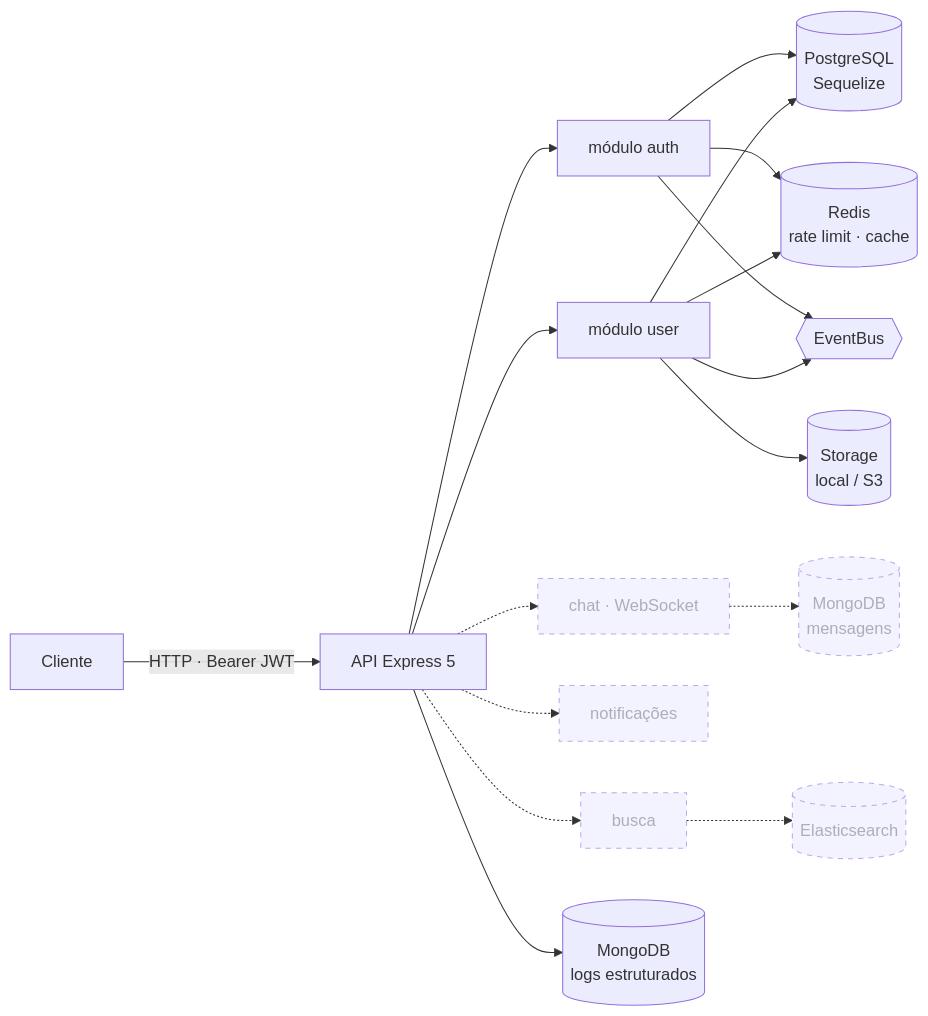
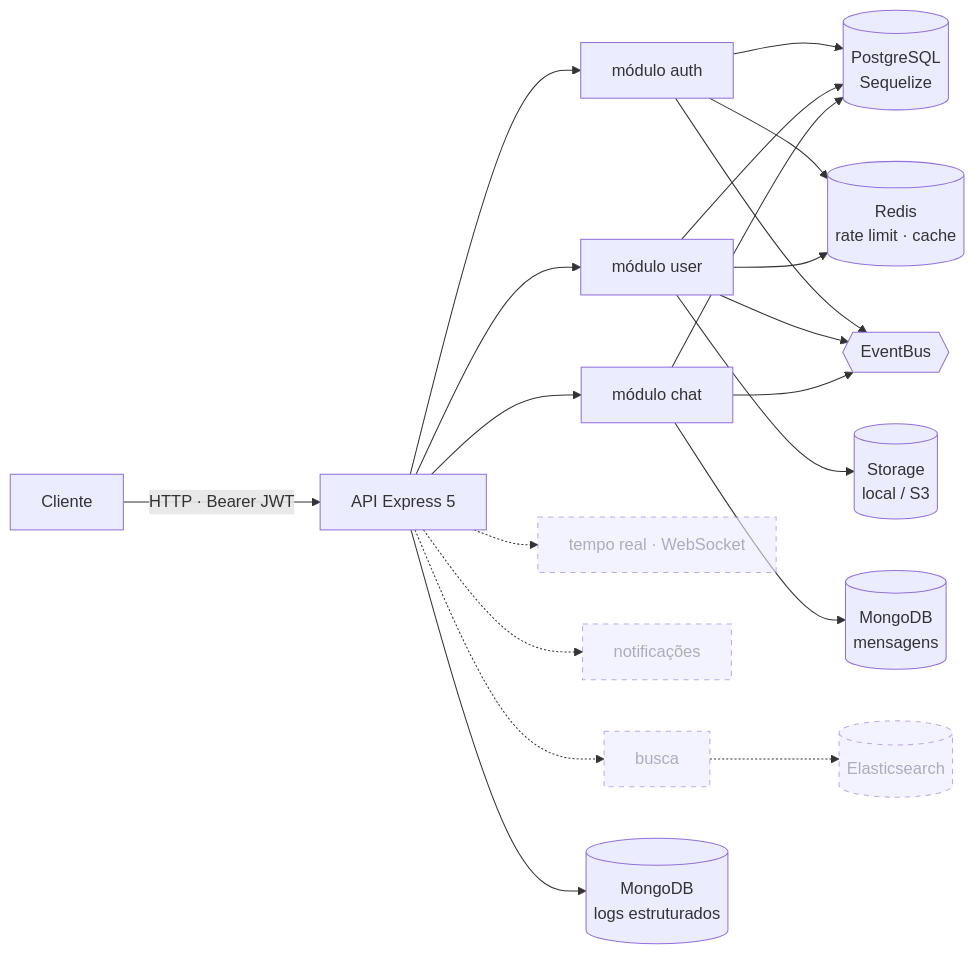
One commit to GabeSilvaDev/realtime-messaging-platform changed the diagram in README.pt-BR.md. Above: the diagram before and after it, drawn with Mermaid. The commit also changed other lines of this file and 1 other file, not shown here.

Commit message:
📝 docs: documenta a API de chat e atualiza arquitetura e roadmap

````diff
--- a/README.pt-BR.md
+++ b/README.pt-BR.md
@@ -27,19 +27,20 @@
 ```mermaid
 flowchart LR
     C[Cliente] -->|HTTP · Bearer JWT| API[API Express 5]
     API --> AUTH[módulo auth]
     API --> USER[módulo user]
-    API -.-> CHAT[chat · WebSocket]
+    API --> CHAT[módulo chat]
+    API -.-> RT[tempo real · WebSocket]
     API -.-> NOTIF[notificações]
     API -.-> SEARCH[busca]
-    AUTH & USER --> PG[(PostgreSQL<br/>Sequelize)]
+    AUTH & USER & CHAT --> PG[(PostgreSQL<br/>Sequelize)]
     AUTH & USER --> RD[(Redis<br/>rate limit · cache)]
     USER --> ST[(Storage<br/>local / S3)]
     API --> LOG[(MongoDB<br/>logs estruturados)]
-    CHAT -.-> MG[(MongoDB<br/>mensagens)]
+    CHAT --> MG[(MongoDB<br/>mensagens)]
     SEARCH -.-> ES[(Elasticsearch)]
-    AUTH & USER --> EB{{EventBus}}
+    AUTH & USER & CHAT --> EB{{EventBus}}
 
     classDef planned stroke-dasharray: 5 5,opacity:0.6
-    class CHAT,NOTIF,SEARCH,MG,ES planned
+    class RT,NOTIF,SEARCH,ES planned
 ```
````
